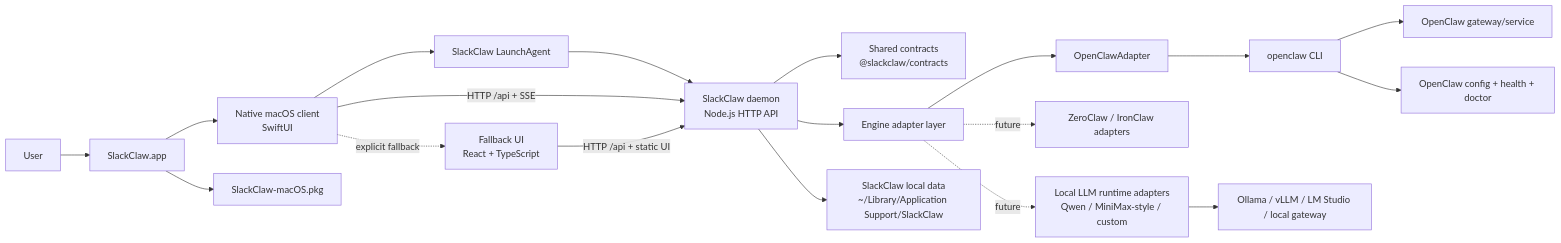
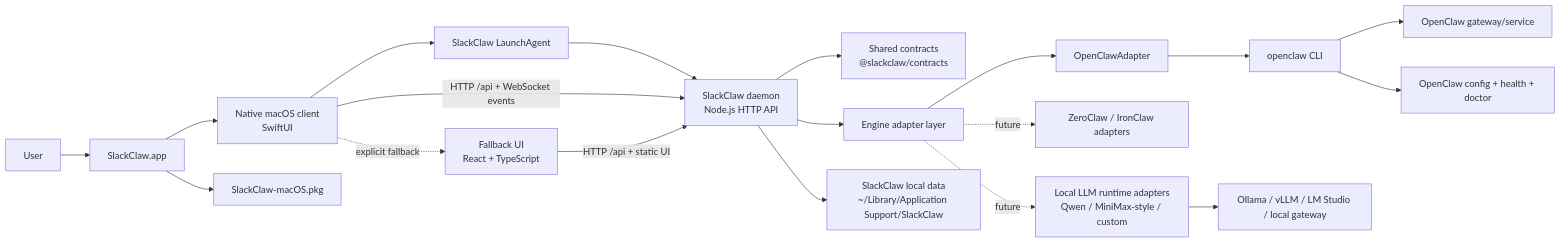
One commit to Jian130/chillclaw changed the diagram in README.md. Above: the diagram before and after it, drawn with Mermaid. The commit also changed other lines of this file and 72 other files, not shown here.

````diff
--- a/README.md
+++ b/README.md
@@ -59,21 +59,21 @@
 ```mermaid
 flowchart LR
     User["User"] --> App["SlackClaw.app"]
     App --> Native["Native macOS client<br/>SwiftUI"]
     Native --> LaunchAgent["SlackClaw LaunchAgent"]
     LaunchAgent --> Daemon["SlackClaw daemon<br/>Node.js HTTP API"]
-    Native -->|HTTP /api + SSE| Daemon
+    Native -->|HTTP /api + WebSocket events| Daemon
     Native -. explicit fallback .-> Browser["Fallback UI<br/>React + TypeScript"]
     Browser -->|HTTP /api + static UI| Daemon
     Daemon --> Contracts["Shared contracts<br/>@slackclaw/contracts"]
     Daemon --> Adapter["Engine adapter layer"]
     Adapter --> OpenClaw["OpenClawAdapter"]
     Adapter -. future .-> Future["ZeroClaw / IronClaw adapters"]
     Adapter -. future .-> LocalLLM["Local LLM runtime adapters<br/>Qwen / MiniMax-style / custom"]
     OpenClaw --> CLI["openclaw CLI"]
     CLI --> Gateway["OpenClaw gateway/service"]
     CLI --> Config["OpenClaw config + health + doctor"]
     LocalLLM --> LocalRuntime["Ollama / vLLM / LM Studio / local gateway"]
     Daemon --> Data["SlackClaw local data<br/>~/Library/Application Support/SlackClaw"]
     App --> Pkg["SlackClaw-macOS.pkg"]
 ```
````
